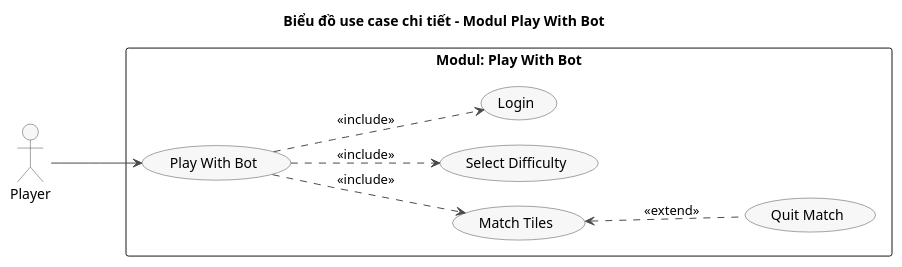
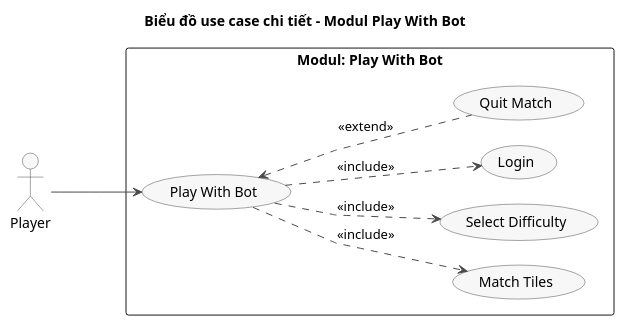
The diagram in docs/uml/pha1/uc-m2-play-with-bot.puml (VattenL/mobile-pikachu), drawn with PlantUML before and after one commit. The commit also changed 25 other files, not shown here.

First line of the commit message:
docs: apply team review on use cases and challenge flow

```diff
--- a/docs/uml/pha1/uc-m2-play-with-bot.puml
+++ b/docs/uml/pha1/uc-m2-play-with-bot.puml
@@ -1,37 +1,37 @@
 @startuml uc-m2-play-with-bot
 title Biểu đồ use case chi tiết - Modul Play With Bot
 
 left to right direction
 skinparam linetype polyline
 skinparam packageStyle rectangle
 skinparam shadowing false
 skinparam nodesep 25
 skinparam ranksep 90
 skinparam usecase {
   BackgroundColor #F7F7F7
   BorderColor #4A4A4A
   ArrowColor #4A4A4A
 }
 skinparam actor {
   BackgroundColor #F7F7F7
   BorderColor #4A4A4A
 }
 
 actor "Player" as Player
 
 rectangle "Modul: Play With Bot" {
   usecase "Play With Bot" as UC05
   usecase "Match Tiles" as UC05_2
   usecase "Select Difficulty" as UC05_1
   usecase "Login" as UC02
   usecase "Quit Match" as UC05_3
 }
 
 Player --> UC05
 
 UC05 ..> UC05_2 : <<include>>
 UC05 ..> UC05_1 : <<include>>
 UC05 ..> UC02 : <<include>>
 
-UC05_2 <.. UC05_3 : <<extend>>
+UC05 <.. UC05_3 : <<extend>>
 @enduml
```
